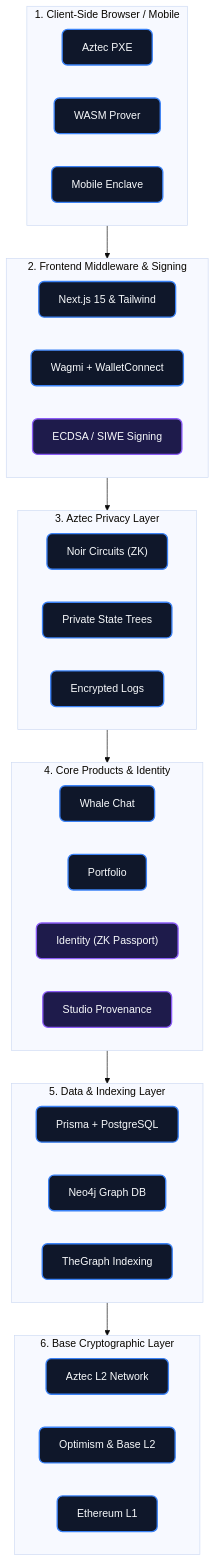
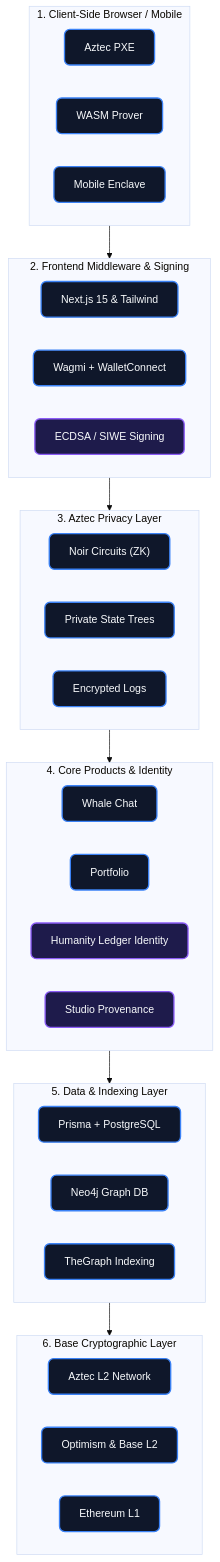
The diagram in README.md (atfortyseven-creations/Wallet-Human-ID-POLYMARKET), drawn with Mermaid (base theme) before and after one commit. The commit also changed 1 other file, not shown here.

Commit message:
fix: identity is indexed wallet signature (max 200 beta), not ZK Passport - corrected all labels

````diff
--- a/README.md
+++ b/README.md
@@ -3,56 +3,56 @@
 ```mermaid
 flowchart TD
     classDef layer fill:none,stroke:#94a3b8,stroke-width:2px,stroke-dasharray: 5 5,rx:10px
     classDef box fill:#0f172a,stroke:#3b82f6,stroke-width:2px,color:#f8fafc,rx:8px
     classDef highlight fill:#1e1b4b,stroke:#8b5cf6,stroke-width:2px,color:#f8fafc,rx:8px
 
     subgraph L1 ["1. Client-Side Browser / Mobile"]
         PXE["Aztec PXE"]:::box
         WASM["WASM Prover"]:::box
         Mobile["Mobile Enclave"]:::box
     end
     class L1 layer
 
     subgraph L2 ["2. Frontend Middleware & Signing"]
         Next["Next.js 15 & Tailwind"]:::box
         Wagmi["Wagmi + WalletConnect"]:::box
         Sign["ECDSA / SIWE Signing"]:::highlight
     end
     class L2 layer
 
     subgraph L3 ["3. Aztec Privacy Layer"]
         Noir["Noir Circuits (ZK)"]:::box
         State["Private State Trees"]:::box
         Logs["Encrypted Logs"]:::box
     end
     class L3 layer
 
     subgraph L4 ["4. Core Products & Identity"]
         Chat["Whale Chat"]:::box
         Port["Portfolio"]:::box
-        HL["Identity (ZK Passport)"]:::highlight
+        HL["Humanity Ledger Identity"]:::highlight
         Studio["Studio Provenance"]:::highlight
     end
     class L4 layer
 
     subgraph L5 ["5. Data & Indexing Layer"]
         DB["Prisma + PostgreSQL"]:::box
         Neo["Neo4j Graph DB"]:::box
         Graph["TheGraph Indexing"]:::box
     end
     class L5 layer
 
     subgraph L6 ["6. Base Cryptographic Layer"]
         Aztec["Aztec L2 Network"]:::box
         EVM["Optimism & Base L2"]:::box
         L1Eth["Ethereum L1"]:::box
     end
     class L6 layer
 
     %% Core Connections
     L1 --> L2
     L2 --> L3
     L3 --> L4
     L4 --> L5
     L5 --> L6
 ```
````
